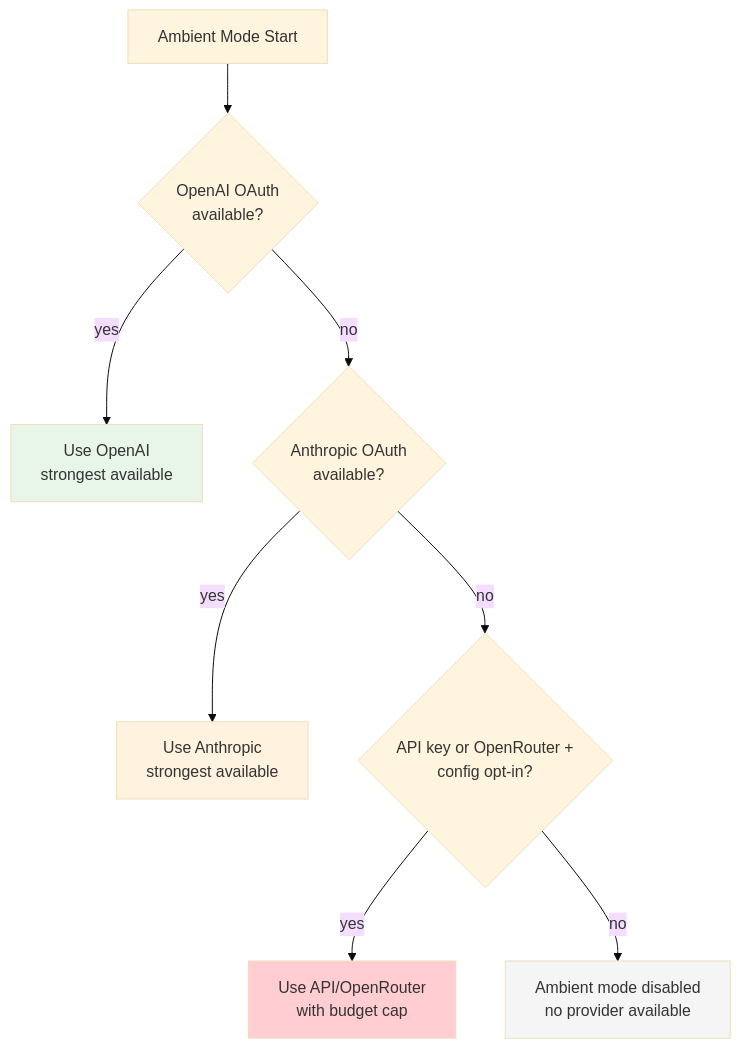
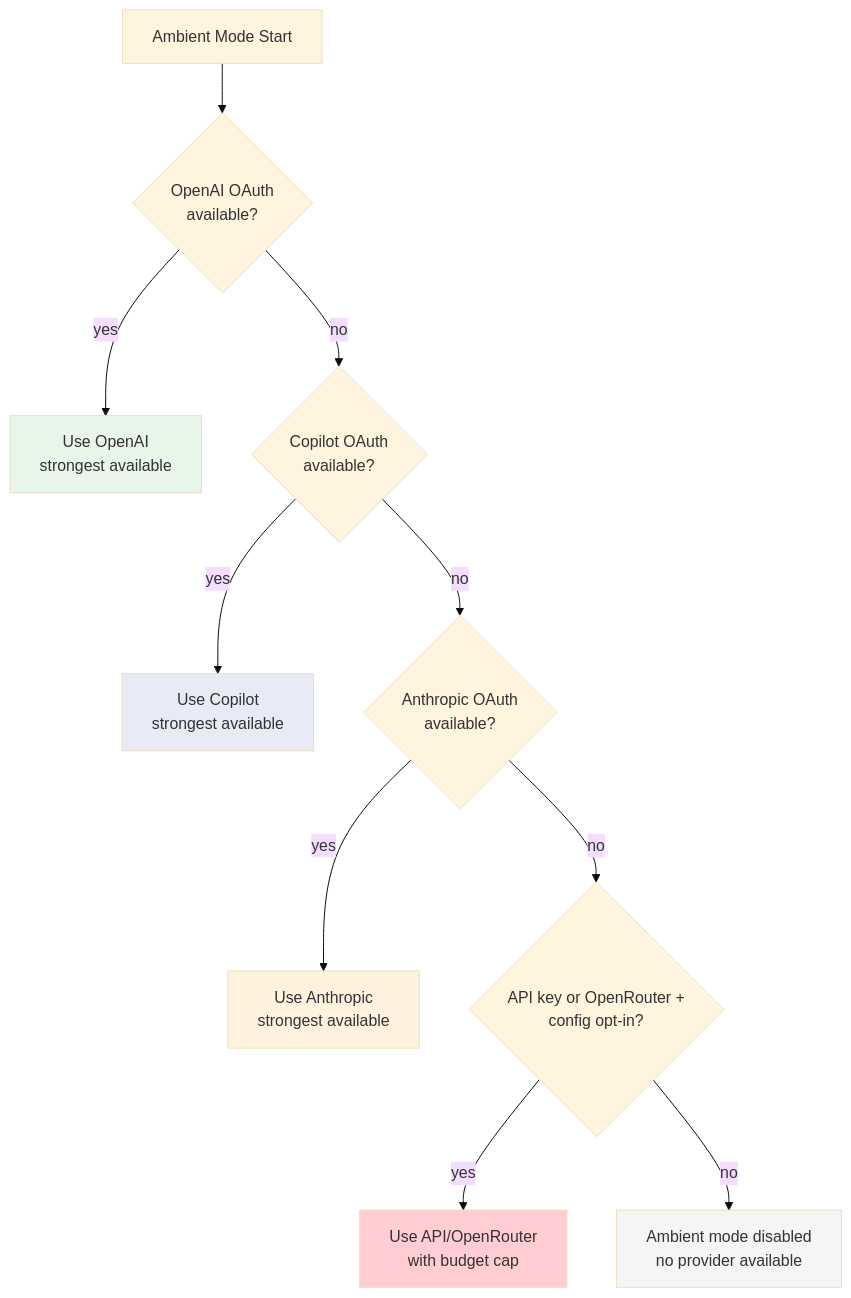
Diagram 12 of 12 in README.md (zipadoodlez/kcode), drawn with Mermaid (base theme) before and after one commit. The commit also changed other lines of this file, not shown here.

First line of the commit message:
Add GitHub Copilot as provider in README

````diff
--- a/README.md
+++ b/README.md
@@ -655,15 +661,18 @@
 ```mermaid
 graph TD
     START[Ambient Mode Start] --> CHECK1{OpenAI OAuth<br/>available?}
     CHECK1 -->|yes| OAI[Use OpenAI<br/>strongest available]
-    CHECK1 -->|no| CHECK2{Anthropic OAuth<br/>available?}
+    CHECK1 -->|no| CHECK1B{Copilot OAuth<br/>available?}
+    CHECK1B -->|yes| COP[Use Copilot<br/>strongest available]
+    CHECK1B -->|no| CHECK2{Anthropic OAuth<br/>available?}
     CHECK2 -->|yes| ANT[Use Anthropic<br/>strongest available]
     CHECK2 -->|no| CHECK3{API key or OpenRouter +<br/>config opt-in?}
     CHECK3 -->|yes| API[Use API/OpenRouter<br/>with budget cap]
     CHECK3 -->|no| DISABLED[Ambient mode disabled<br/>no provider available]
 
     style OAI fill:#e8f5e9
+    style COP fill:#e8eaf6
     style ANT fill:#fff3e0
     style API fill:#ffcdd2
     style DISABLED fill:#f5f5f5
 ```
````
